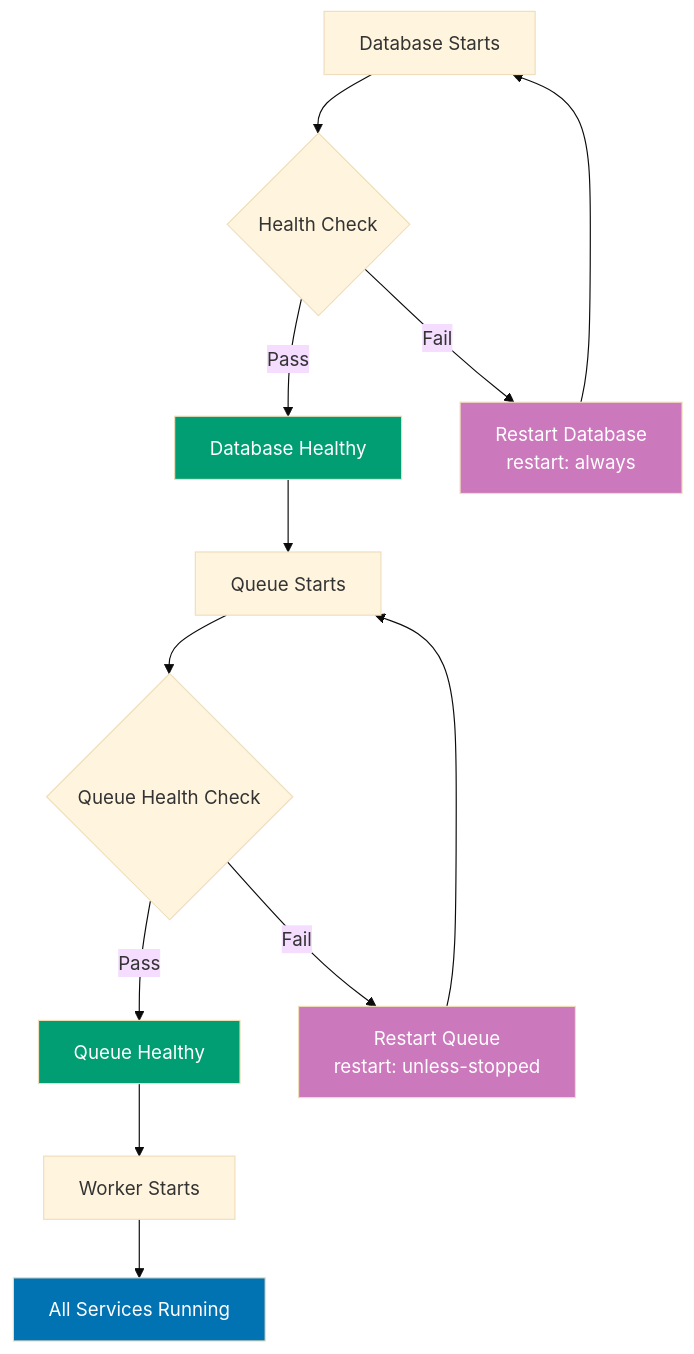
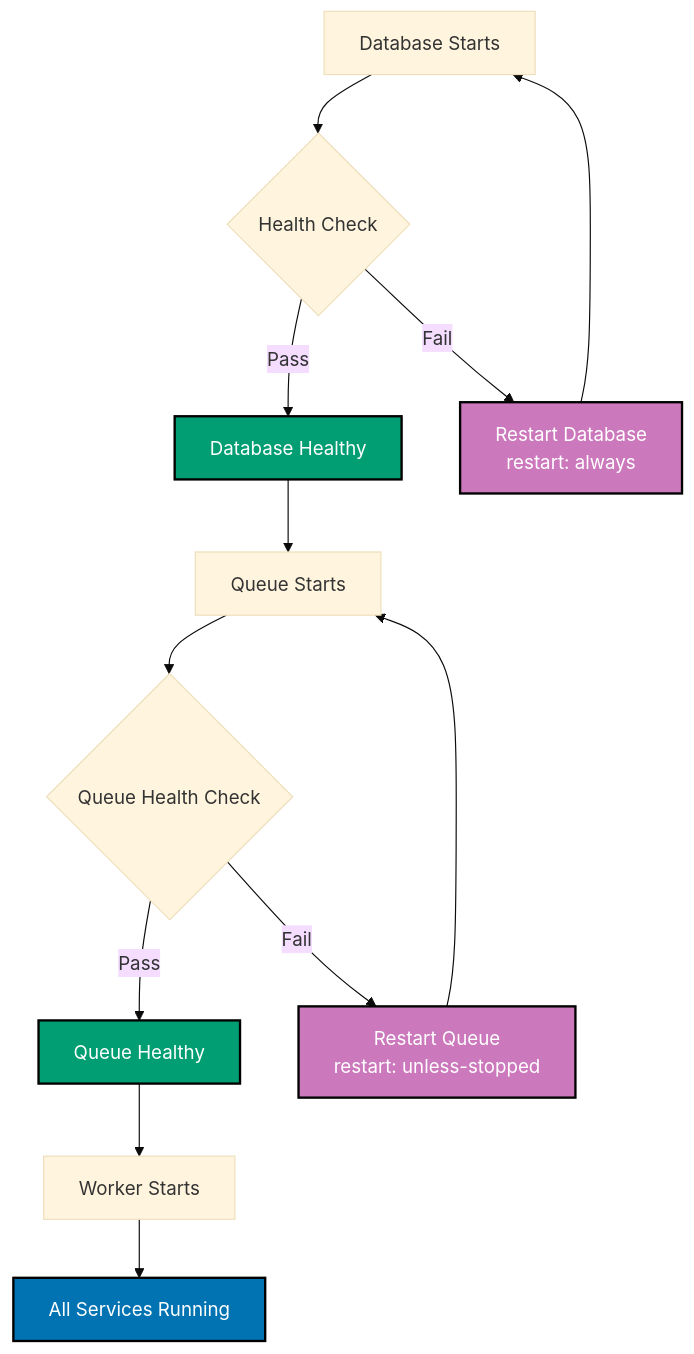
One commit to wahidyankf/open-sharia-enterprise changed the sixth of 11 diagrams in apps/ayokoding-web/content/en/learn/software-engineering/infrastructure/tools/docker/by-example/intermediate.md. Above: the diagram before and after it, drawn with Mermaid (base theme). The commit also changed other lines of this file and 25 other files, not shown here.

````diff
--- a/apps/ayokoding-web/content/en/learn/software-engineering/infrastructure/tools/docker/by-example/intermediate.md
+++ b/apps/ayokoding-web/content/en/learn/software-engineering/infrastructure/tools/docker/by-example/intermediate.md
@@ -1028,21 +1033,22 @@
 ```mermaid
+%% Color Palette: Blue #0173B2, Orange #DE8F05, Teal #029E73, Purple #CC78BC, Brown #CA9161
 graph TD
  A["Database Starts"] --> B{Health Check}
  B -->|Pass| C["Database Healthy"]
  C --> D["Queue Starts"]
  D --> E{Queue Health Check}
  E -->|Pass| F["Queue Healthy"]
  F --> G["Worker Starts"]
  G --> H["All Services Running"]
 
  B -->|Fail| I["Restart Database<br/>restart: always"]
  I --> A
  E -->|Fail| J["Restart Queue<br/>restart: unless-stopped"]
  J --> D
 
- style C fill:#029E73,color:#fff
- style F fill:#029E73,color:#fff
- style H fill:#0173B2,color:#fff
- style I fill:#CC78BC,color:#fff
- style J fill:#CC78BC,color:#fff
+ style C fill:#029E73,stroke:#000000,stroke-width:2px,color:#fff
+ style F fill:#029E73,stroke:#000000,stroke-width:2px,color:#fff
+ style H fill:#0173B2,stroke:#000000,stroke-width:2px,color:#fff
+ style I fill:#CC78BC,stroke:#000000,stroke-width:2px,color:#fff
+ style J fill:#CC78BC,stroke:#000000,stroke-width:2px,color:#fff
 ```
````
